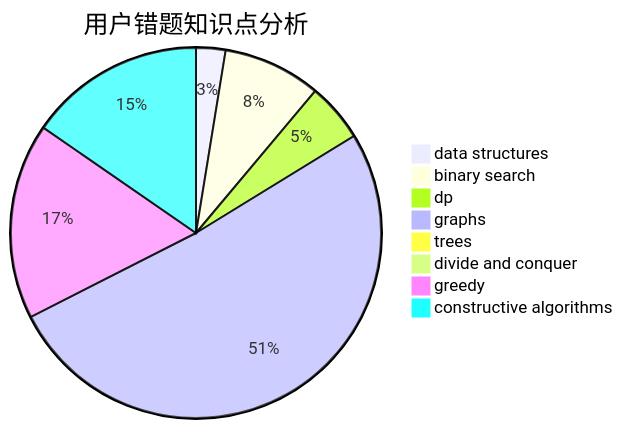
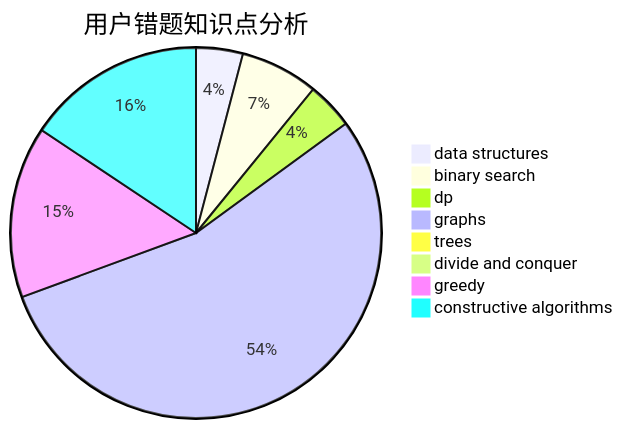
Before and after one commit to sherpahu/cfrs.github.io: the third of 3 diagrams in docs/user/u455.md, drawn with Mermaid. The commit also changed other lines of this file and 2770 other files, not shown here.

````diff
--- a/docs/user/u455.md
+++ b/docs/user/u455.md
@@ -36,11 +36,11 @@
 ```mermaid
 pie title 用户错题知识点分析
-    "data structures" :  3
+    "data structures" :  6
     "binary search" :  10
     "dp" :  6
-    "graphs" :  60
+    "graphs" :  80
     "trees" :  1
     "divide and conquer" :  0
-    "greedy" :  20
-    "constructive algorithms" :  18
+    "greedy" :  22
+    "constructive algorithms" :  23
 ```
````
